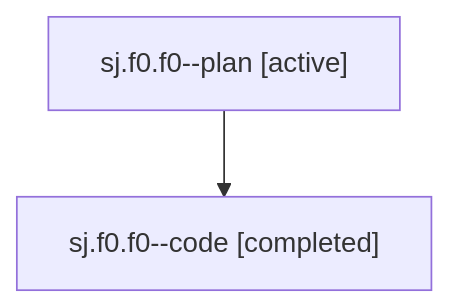
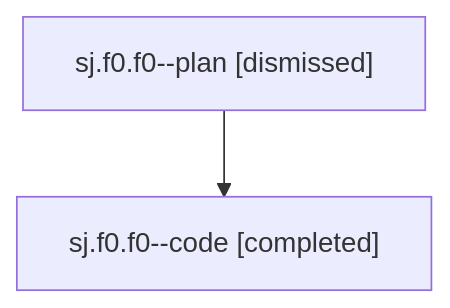
The diagram in sessions/bbugyi200.athena.sj.f0.f0.md (bobs-org/bob-cli--agents), drawn with Mermaid before and after one commit. The commit also changed other lines of this file and 28 other files, not shown here.

````diff
--- a/sessions/bbugyi200.athena.sj.f0.f0.md
+++ b/sessions/bbugyi200.athena.sj.f0.f0.md
@@ -9,6 +9,6 @@
 ```mermaid
 flowchart TD
-  n0["sj.f0.f0--plan [active]"]
+  n0["sj.f0.f0--plan [dismissed]"]
   n1["sj.f0.f0--code [completed]"]
   n0 --> n1
 ```
````
